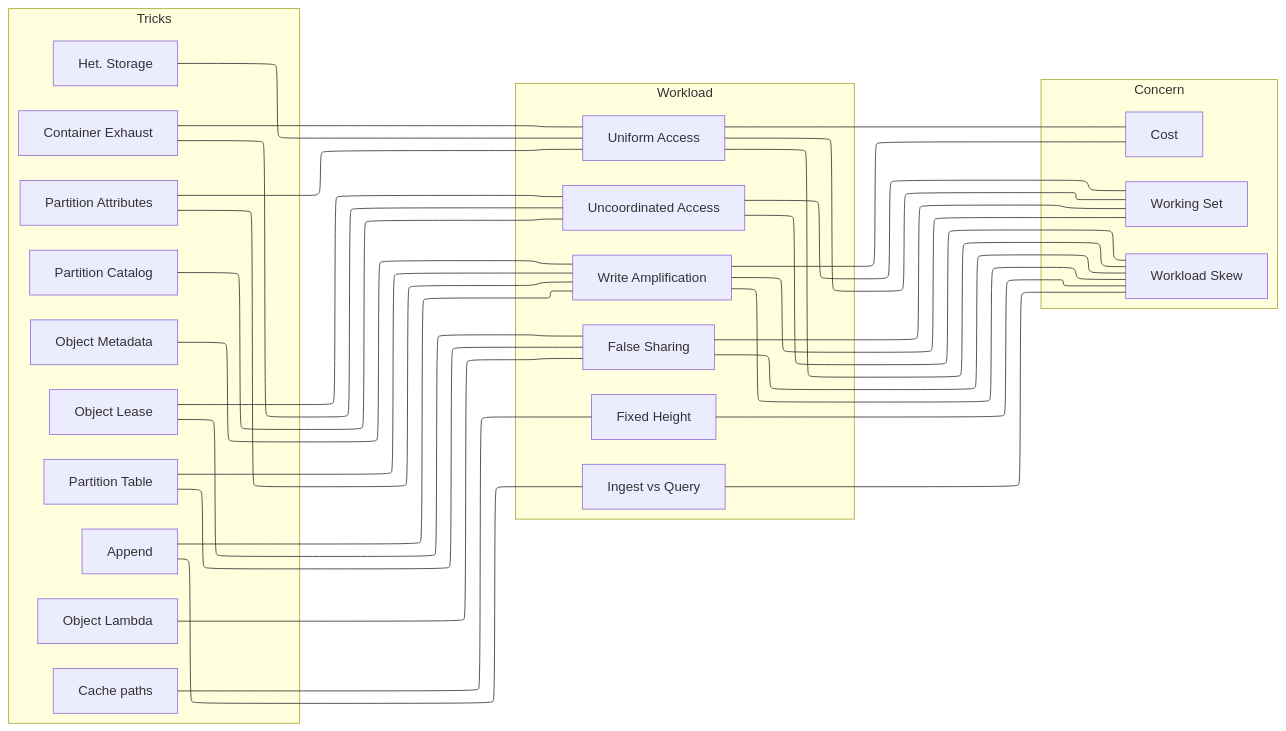
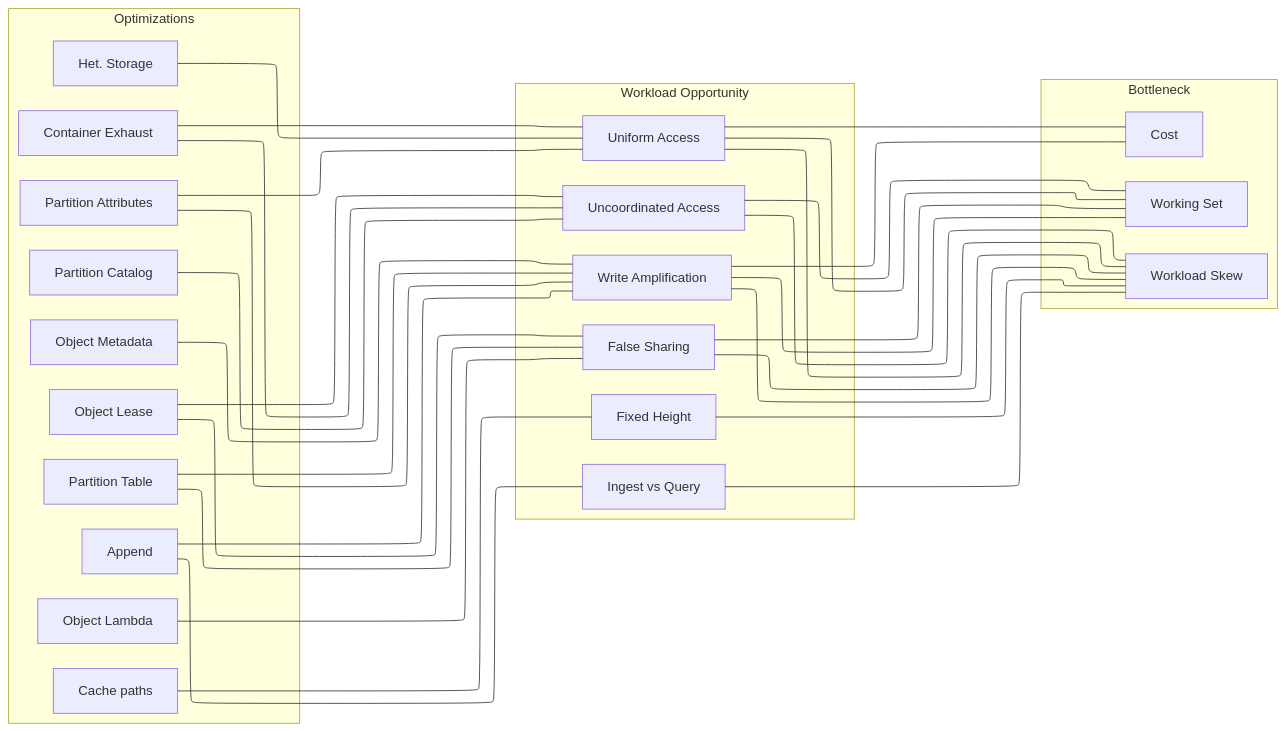
Before and after one commit to cdouglas/iceberg: the diagram in vldb/VLDB.md, drawn with Mermaid. The commit also changed other lines of this file, not shown here.

````diff
--- a/vldb/VLDB.md
+++ b/vldb/VLDB.md
@@ -45,57 +45,57 @@
 ```mermaid
 %%{init: {"flowchart": {"defaultRenderer": "elk"}} }%%
 flowchart LR
-  subgraph Tricks
+  subgraph Optimizations
     multistore[Het. Storage]
     append[Append]
     cache[Cache paths]
     pcatalog[Partition Catalog]
     ptable[Partition Table]
     pattr[Partition Attributes]
     lease[Object Lease]
     lambda[Object Lambda]
     metadata[Object Metadata]
     exhaust[Container Exhaust]
   end
-  subgraph Workload
+  subgraph Workload Opportunity
     wamp[Write Amplification]
     uniform[Uniform Access]
     ingest[Ingest vs Query]
     height[Fixed Height]
     share[False Sharing]
     uncoord[Uncoordinated Access]
   end
-  subgraph Concern
+  subgraph Bottleneck
     wset[Working Set]
     wskew[Workload Skew]
     cost[Cost]
   end
   multistore ---- uniform
   append ---- wamp
   append ---- ingest
   cache ---- height
   pcatalog ---- uncoord
   ptable ---- share
   ptable ---- wamp
   pattr ---- wamp
   pattr ---- uniform
   lease ---- share
   lease ---- uncoord
   lambda ---- share
   metadata ---- wamp
   exhaust ---- uncoord
   exhaust ---- uniform
 
   wamp ---- cost
   wamp ---- wset
   wamp ---- wskew
   uniform ---- wset
   uniform ---- wskew
   uniform ---- cost
   ingest ---- wskew
   height ---- wskew
   share ---- wset
   share ---- wskew
   uncoord ---- wset
   uncoord ---- wskew
 ```
````
